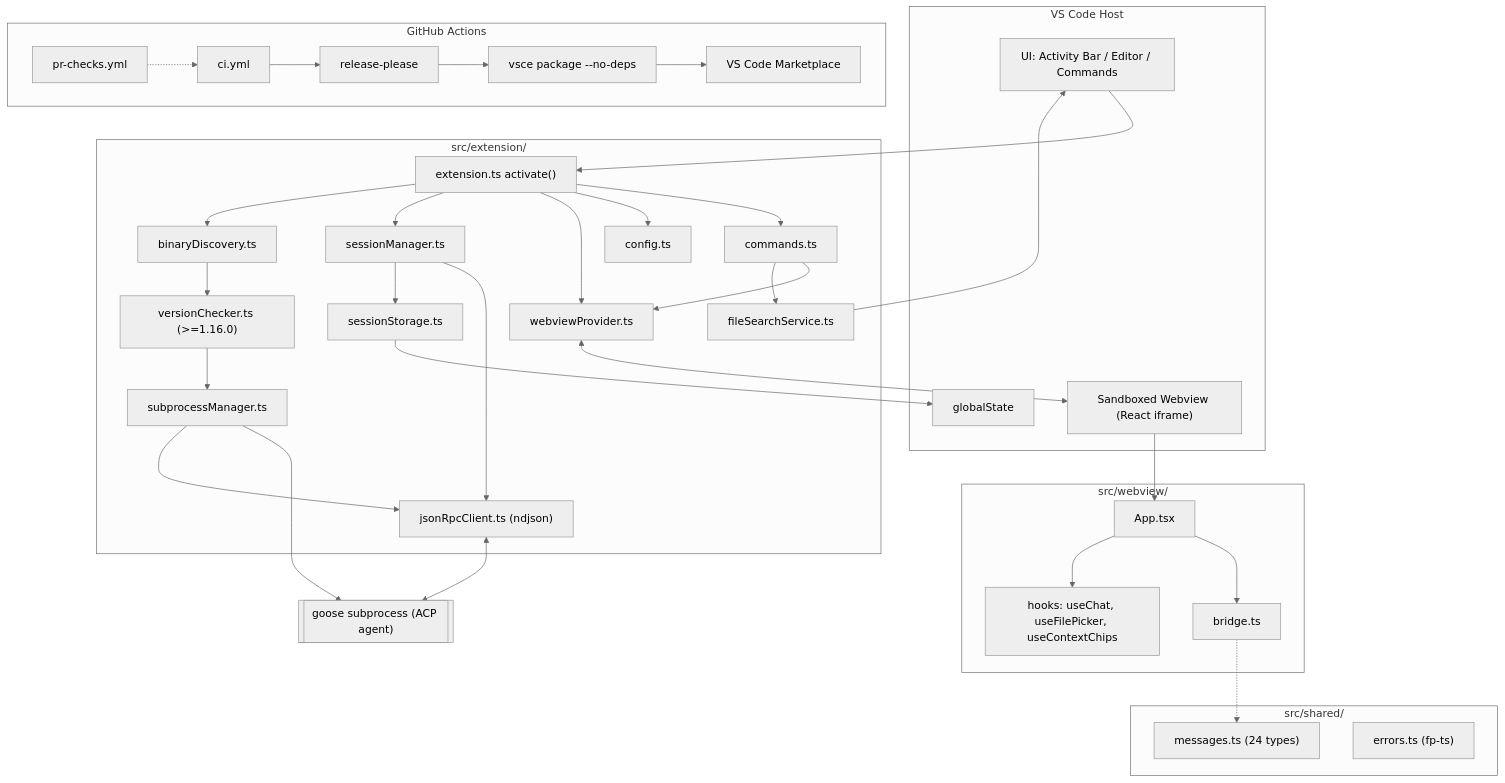
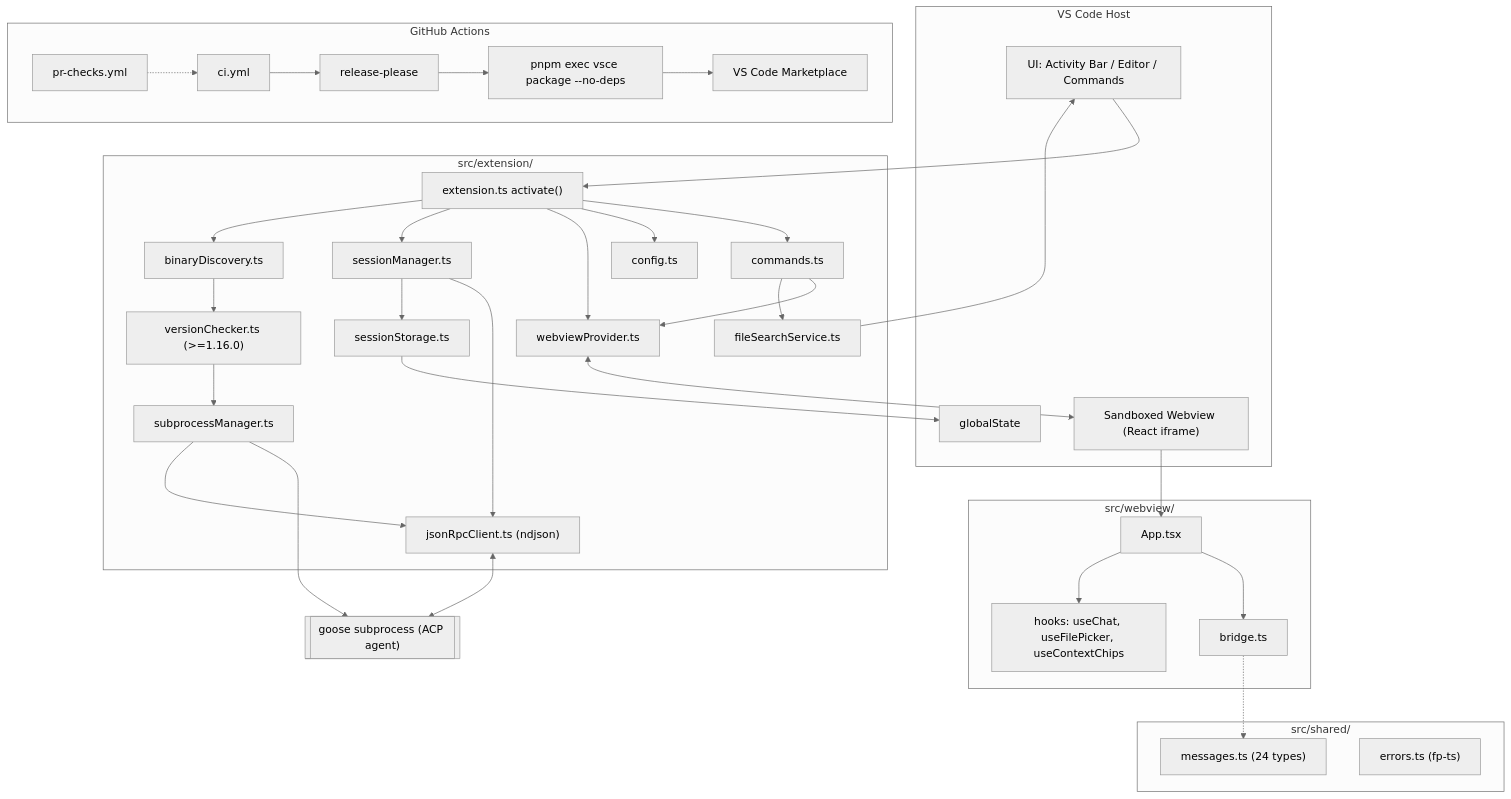
The first of 2 diagrams in code_editor/.rp1/context/architecture.md (BezotCorp/ai-platform), drawn with Mermaid (neutral theme) before and after one commit. The commit also changed other lines of this file and 1558 other files, not shown here.

````diff
--- a/code_editor/.rp1/context/architecture.md
+++ b/code_editor/.rp1/context/architecture.md
@@ -18,67 +18,67 @@
 ```mermaid
 graph TB
     subgraph VSCode["VS Code Host"]
         UI["UI: Activity Bar / Editor / Commands"]
         Webview["Sandboxed Webview (React iframe)"]
         GState["globalState"]
     end
 
     subgraph Extension["src/extension/"]
         Ext["extension.ts activate()"]
         Cmd["commands.ts"]
         Cfg["config.ts"]
         Disc["binaryDiscovery.ts"]
         Ver["versionChecker.ts (>=1.16.0)"]
         Sub["subprocessManager.ts"]
         Rpc["jsonRpcClient.ts (ndjson)"]
         Sess["sessionManager.ts"]
         Store["sessionStorage.ts"]
         WvP["webviewProvider.ts"]
         FSS["fileSearchService.ts"]
     end
 
     subgraph Shared["src/shared/"]
         Msgs["messages.ts (24 types)"]
         Errs["errors.ts (fp-ts)"]
     end
 
     subgraph WV["src/webview/"]
         App["App.tsx"]
         Bridge["bridge.ts"]
         Hooks["hooks: useChat, useFilePicker, useContextChips"]
     end
 
     Goose[["goose subprocess (ACP agent)"]]
 
     subgraph CI["GitHub Actions"]
         PRW["pr-checks.yml"]
         MainW["ci.yml"]
         RP["release-please"]
-        VSCE["vsce package --no-deps"]
+        VSCE["pnpm exec vsce package --no-deps"]
         MP["VS Code Marketplace"]
     end
 
     UI --> Ext
     Ext --> Cmd
     Ext --> Cfg
     Ext --> WvP
     Ext --> Sess
     Cmd --> WvP
     Cmd --> FSS
     WvP <--> Webview
     Webview --> App
     App --> Bridge
     App --> Hooks
     Bridge -.-> Msgs
 
     Ext --> Disc --> Ver --> Sub
     Sub --> Goose
     Sub --> Rpc
     Rpc <--> Goose
     Sess --> Rpc
     Sess --> Store --> GState
     FSS --> UI
 
     MainW --> RP --> VSCE --> MP
     PRW -.-> MainW
 ```
````
